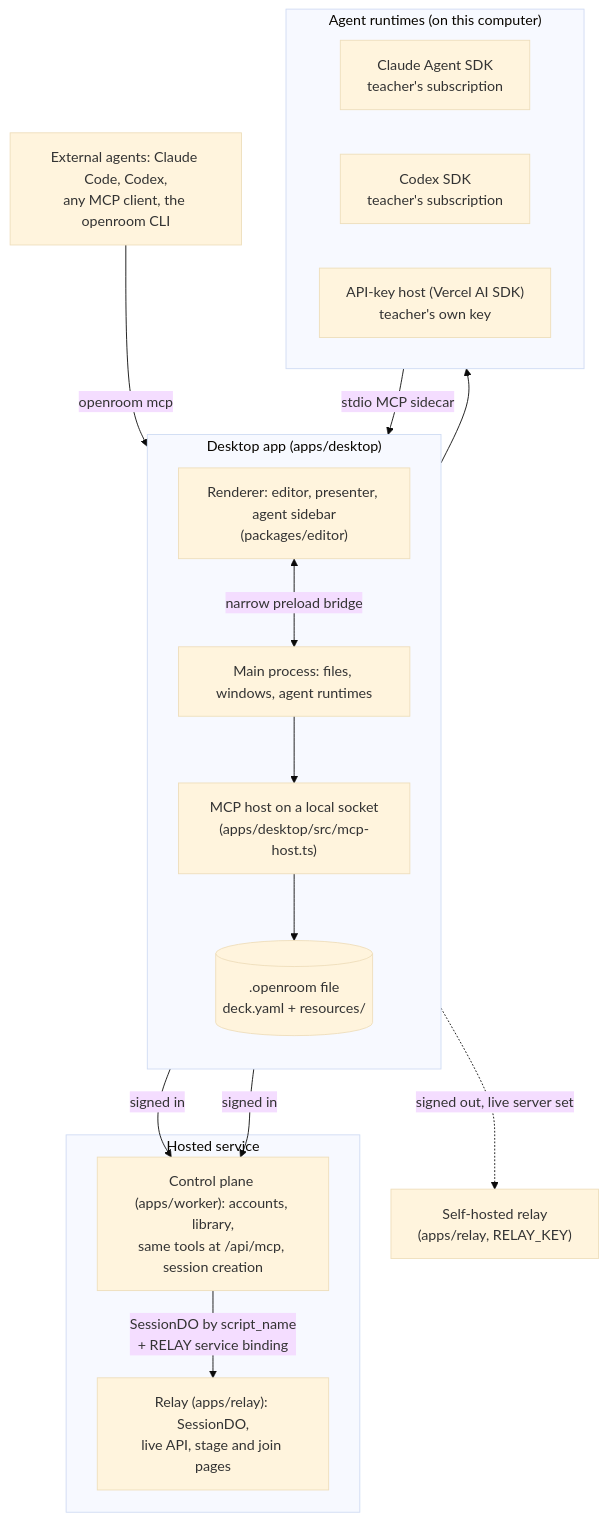
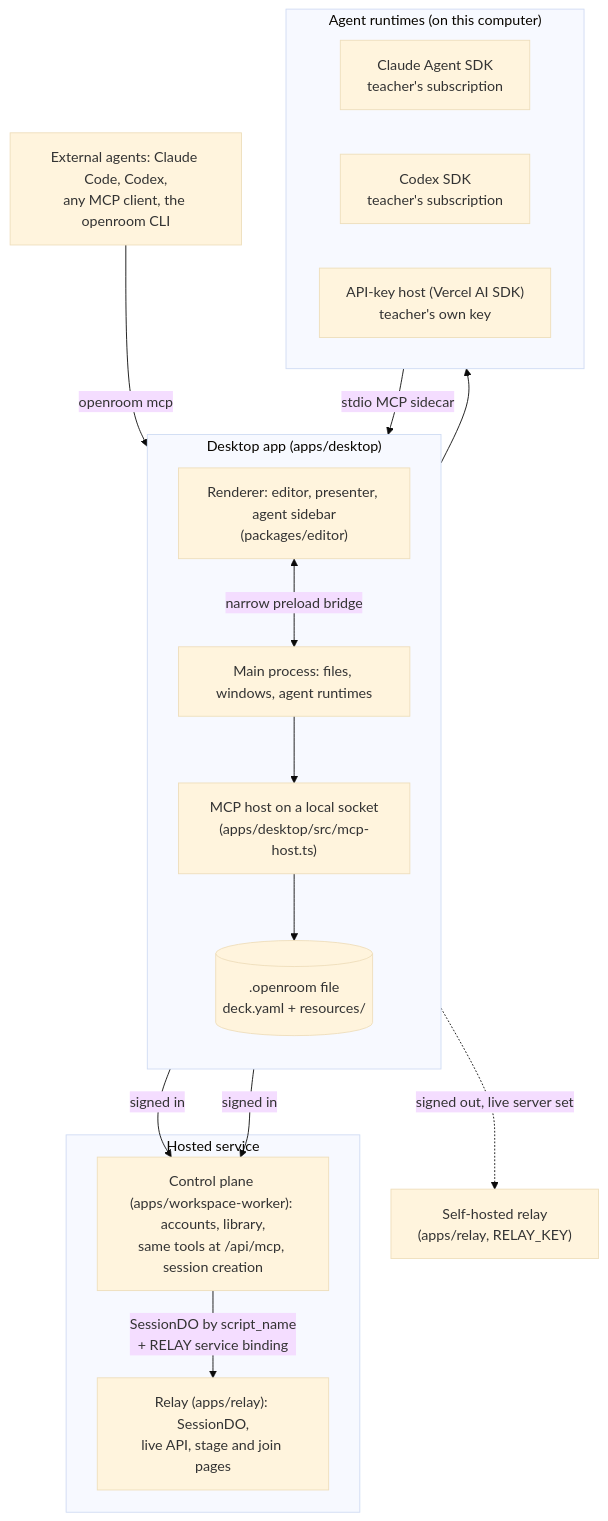
The first of 5 diagrams in docs/ARCHITECTURE.md (wisdomousai/openroom), drawn with Mermaid (base theme) before and after one commit. The commit also changed other lines of this file and 17 other files, not shown here.

First line of the commit message:
docs: describe the core and workspace split and the renamed apps

````diff
--- a/docs/ARCHITECTURE.md
+++ b/docs/ARCHITECTURE.md
@@ -25,29 +25,29 @@
 ```mermaid
 flowchart TB
   subgraph Desktop["Desktop app (apps/desktop)"]
     direction TB
     R["Renderer: editor, presenter, agent sidebar<br/>(packages/editor)"]
     M["Main process: files, windows, agent runtimes"]
     S["MCP host on a local socket<br/>(apps/desktop/src/mcp-host.ts)"]
     F[(".openroom file<br/>deck.yaml + resources/")]
     R <-->|narrow preload bridge| M
     M --> S
     S --> F
   end
   subgraph Agents["Agent runtimes (on this computer)"]
     C1["Claude Agent SDK<br/>teacher's subscription"]
     C2["Codex SDK<br/>teacher's subscription"]
     C3["API-key host (Vercel AI SDK)<br/>teacher's own key"]
   end
   M --> Agents
   Agents -->|stdio MCP sidecar| S
   X["External agents: Claude Code, Codex,<br/>any MCP client, the openroom CLI"] -->|openroom mcp| S
   subgraph Hosted["Hosted service"]
-    W["Control plane (apps/worker): accounts, library,<br/>same tools at /api/mcp, session creation"]
+    W["Control plane (apps/workspace-worker): accounts, library,<br/>same tools at /api/mcp, session creation"]
     RL["Relay (apps/relay): SessionDO,<br/>live API, stage and join pages"]
     W -->|SessionDO by script_name<br/>+ RELAY service binding| RL
   end
   S -->|signed in| W
   R -->|signed in| W
   R -.->|signed out, live server set| SR["Self-hosted relay<br/>(apps/relay, RELAY_KEY)"]
 ```
````
